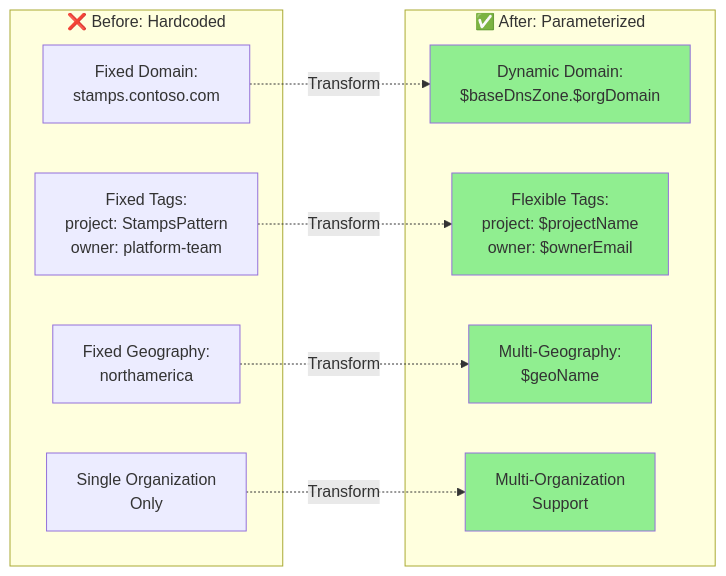
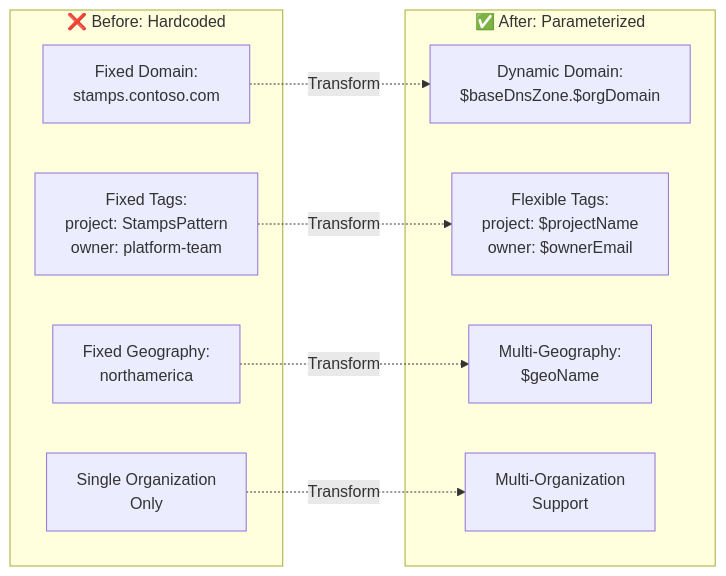
Before and after one commit to srnichols/StampsPattern: the second of 2 diagrams in docs/PARAMETERIZATION_GUIDE.md, drawn with Mermaid. The commit also changed other lines of this file and 10 other files, not shown here.

Commit message:
docs: add Mermaid theme sample with per-diagram init (neutral/dark)

````diff
--- a/docs/PARAMETERIZATION_GUIDE.md
+++ b/docs/PARAMETERIZATION_GUIDE.md
@@ -96,26 +94,22 @@
 ```mermaid
 graph LR
     subgraph "❌ Before: Hardcoded"
         A1[Fixed Domain:<br/>stamps.contoso.com]
         A2[Fixed Tags:<br/>project: StampsPattern<br/>owner: platform-team]
         A3[Fixed Geography:<br/>northamerica]
         A4[Single Organization<br/>Only]
     end
     
     subgraph "✅ After: Parameterized"
         B1[Dynamic Domain:<br/>$baseDnsZone.$orgDomain]
         B2[Flexible Tags:<br/>project: $projectName<br/>owner: $ownerEmail]
         B3[Multi-Geography:<br/>$geoName]
         B4[Multi-Organization<br/>Support]
     end
     
     A1 -.->|Transform| B1
     A2 -.->|Transform| B2
     A3 -.->|Transform| B3
     A4 -.->|Transform| B4
-    
-    style B1 fill:#90EE90
-    style B2 fill:#90EE90
-    style B3 fill:#90EE90
-    style B4 fill:#90EE90
+
 ```
````
